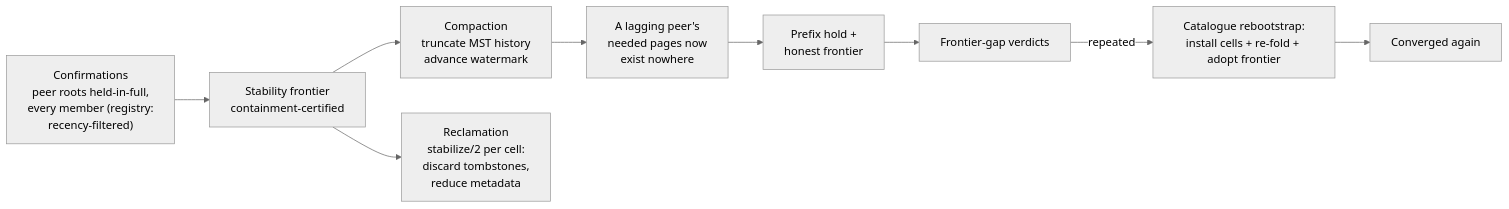
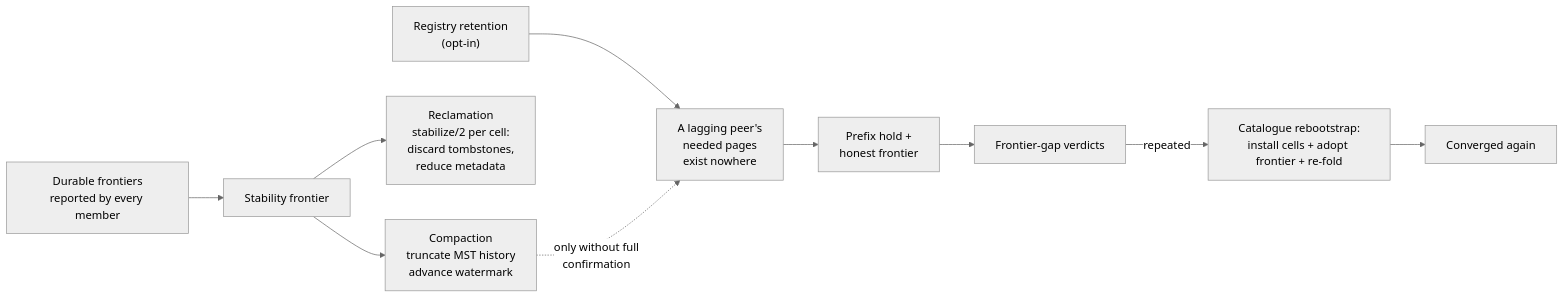
Before and after one commit to bondy-io/bondy: the first of 2 diagrams in doc/guides/architecture/db_view_lifecycle.md, drawn with Mermaid (neutral theme). The commit also changed other lines of this file and 449 other files, not shown here.

````diff
--- a/doc/guides/architecture/db_view_lifecycle.md
+++ b/doc/guides/architecture/db_view_lifecycle.md
@@ -9,11 +9,12 @@
 ```mermaid
 flowchart LR
-    CONF["Confirmations<br/>peer roots held-in-full,<br/>every member (registry:<br/>recency-filtered)"] --> STAB["Stability frontier<br/>containment-certified"]
+    CONF["Durable frontiers<br/>reported by every member"] --> STAB["Stability frontier"]
     STAB --> CMP["Compaction<br/>truncate MST history<br/>advance watermark"]
     STAB --> REC["Reclamation<br/>stabilize/2 per cell:<br/>discard tombstones,<br/>reduce metadata"]
-    CMP --> GAPRISK["A lagging peer's<br/>needed pages now<br/>exist nowhere"]
+    RET["Registry retention<br/>(opt-in)"] --> GAPRISK
+    CMP -. "only without full<br/>confirmation" .-> GAPRISK["A lagging peer's<br/>needed pages<br/>exist nowhere"]
     GAPRISK --> HOLD["Prefix hold +<br/>honest frontier"]
     HOLD --> GAP["Frontier-gap verdicts"]
-    GAP -->|repeated| RB["Catalogue rebootstrap:<br/>install cells + re-fold + adopt frontier"]
+    GAP -->|repeated| RB["Catalogue rebootstrap:<br/>install cells + adopt frontier + re-fold"]
     RB --> CONV["Converged again"]
 ```
````
